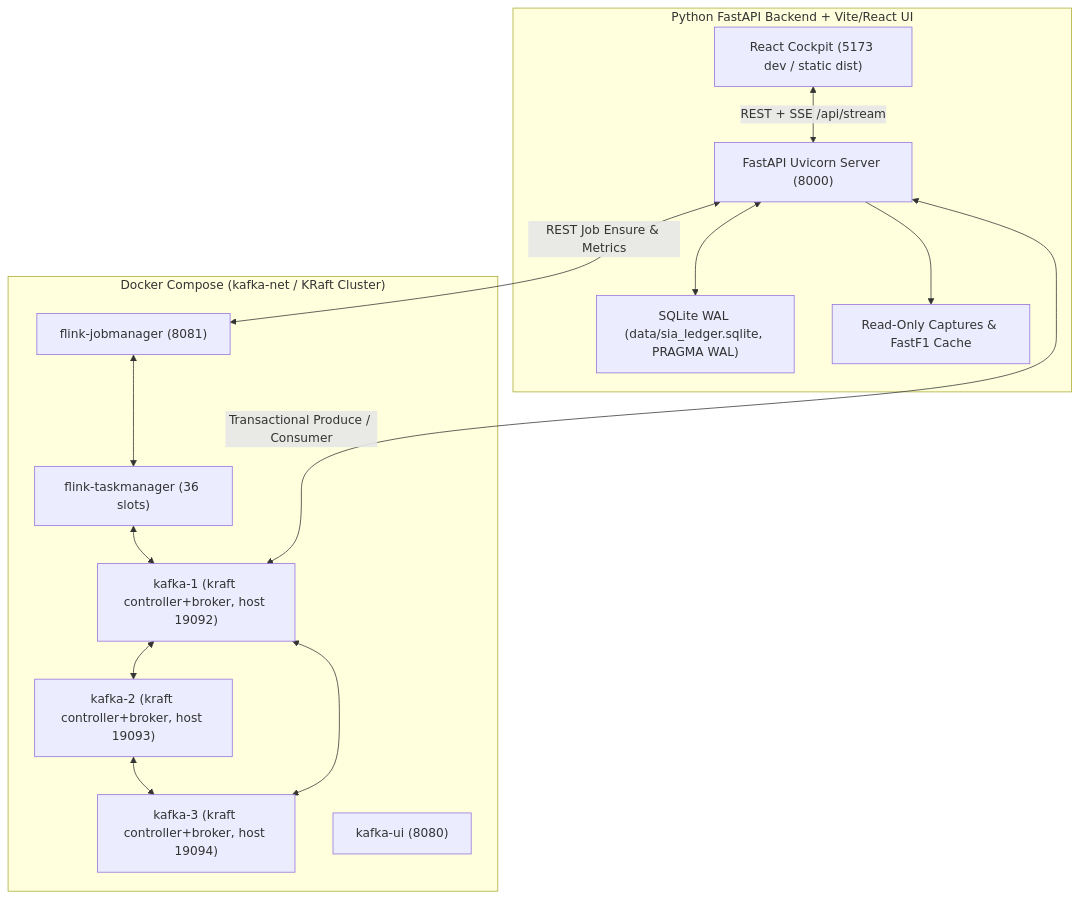
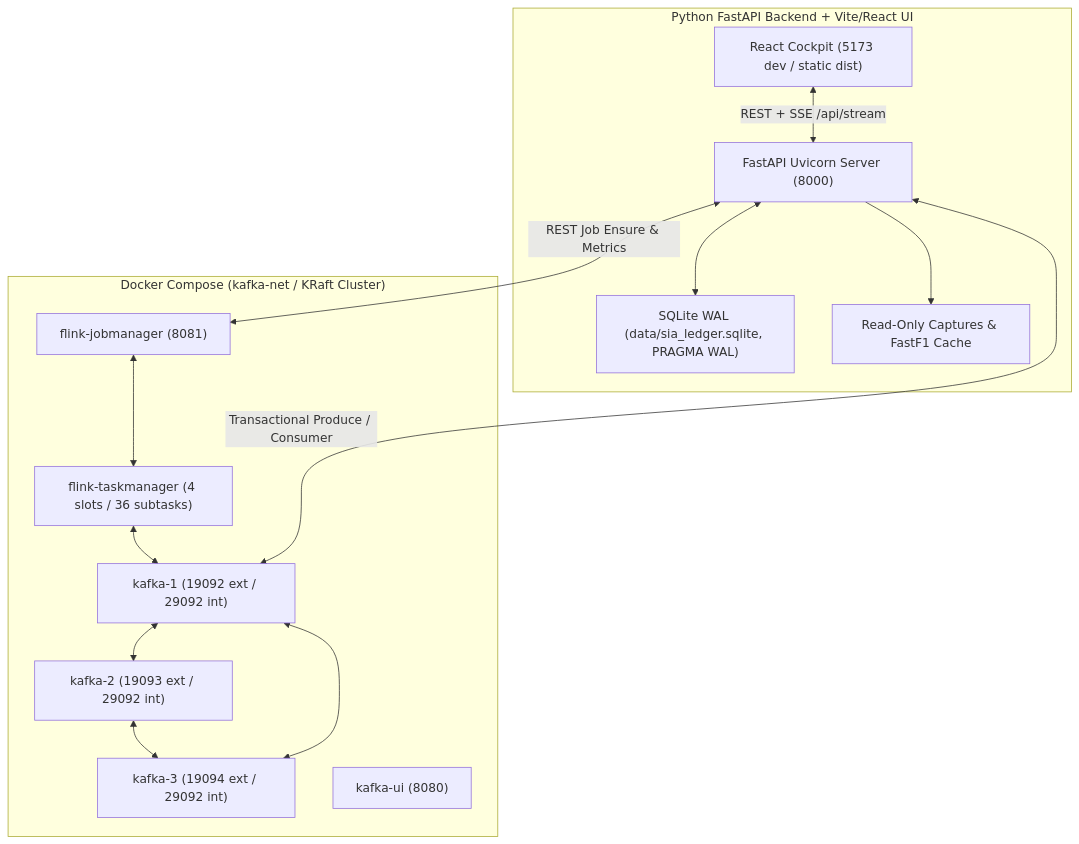
The sixth of 6 diagrams in docs/architecture/CURRENT_ARCHITECTURE.md (ChiragHariprasad/Caliberv2), drawn with Mermaid before and after one commit. The commit also changed other lines of this file and 11 other files, not shown here.

````diff
--- a/docs/architecture/CURRENT_ARCHITECTURE.md
+++ b/docs/architecture/CURRENT_ARCHITECTURE.md
@@ -123,27 +123,27 @@
 ```mermaid
 flowchart TD
     subgraph DockerNet["Docker Compose (kafka-net / KRaft Cluster)"]
-        K1["kafka-1 (kraft controller+broker, host 19092)"]
-        K2["kafka-2 (kraft controller+broker, host 19093)"]
-        K3["kafka-3 (kraft controller+broker, host 19094)"]
+        K1["kafka-1 (19092 ext / 29092 int)"]
+        K2["kafka-2 (19093 ext / 29092 int)"]
+        K3["kafka-3 (19094 ext / 29092 int)"]
         KUI["kafka-ui (8080)"]
         FJM["flink-jobmanager (8081)"]
-        FTM["flink-taskmanager (36 slots)"]
+        FTM["flink-taskmanager (4 slots / 36 subtasks)"]
         K1 <--> K2
         K2 <--> K3
         K1 <--> K3
         FJM <--> FTM
         FTM <--> K1
     end
     subgraph LocalHost["Python FastAPI Backend + Vite/React UI"]
         API["FastAPI Uvicorn Server (8000)"]
         UIAPP["React Cockpit (5173 dev / static dist)"]
         SQLITE["SQLite WAL (data/sia_ledger.sqlite, PRAGMA WAL)"]
         DATA["Read-Only Captures & FastF1 Cache"]
         API <-->|"Transactional Produce / Consumer"| K1
         API <-->|"REST Job Ensure & Metrics"| FJM
         API <--> SQLITE
         API --> DATA
         UIAPP <-->|"REST + SSE /api/stream"| API
     end
 ```
````
